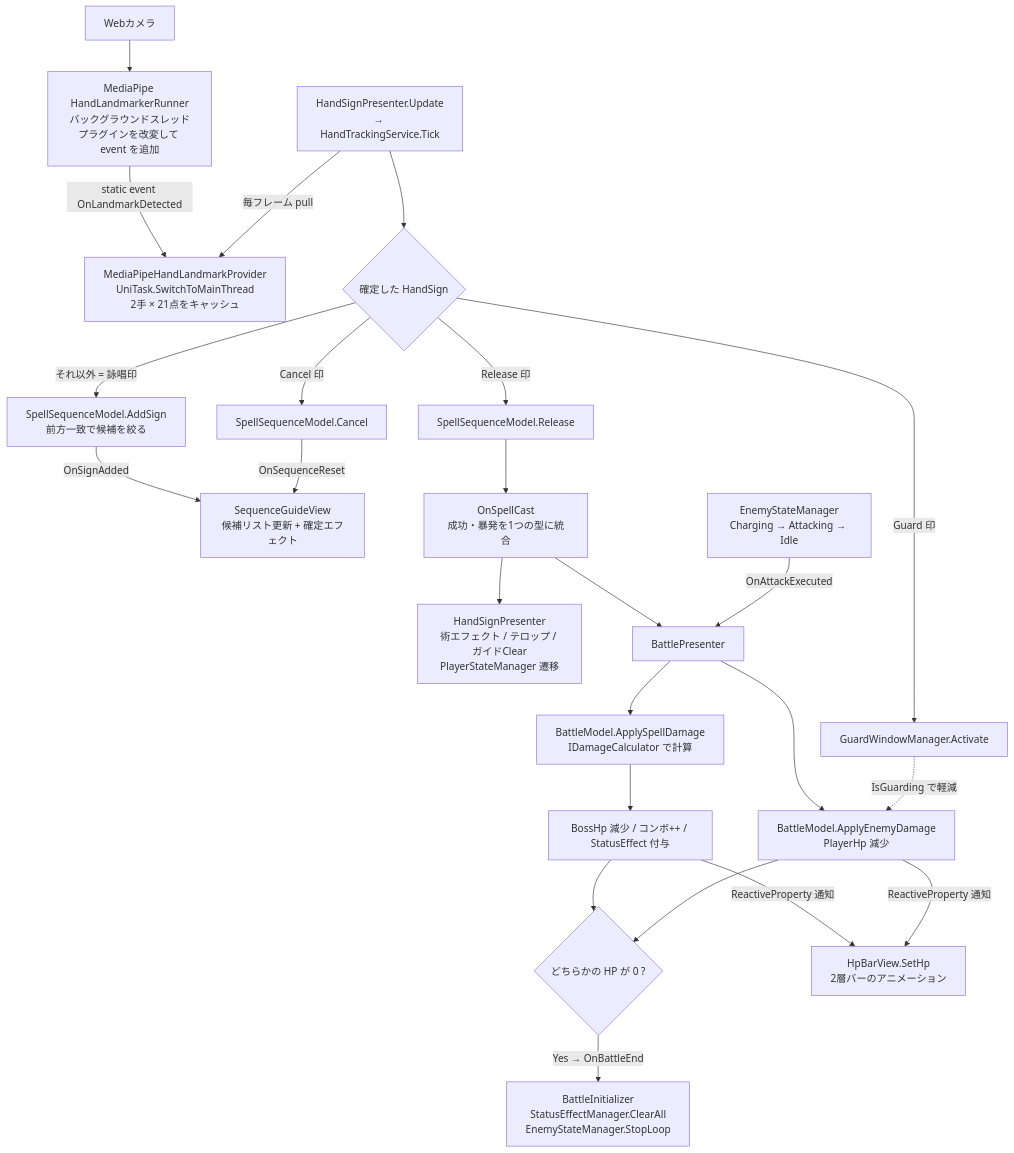
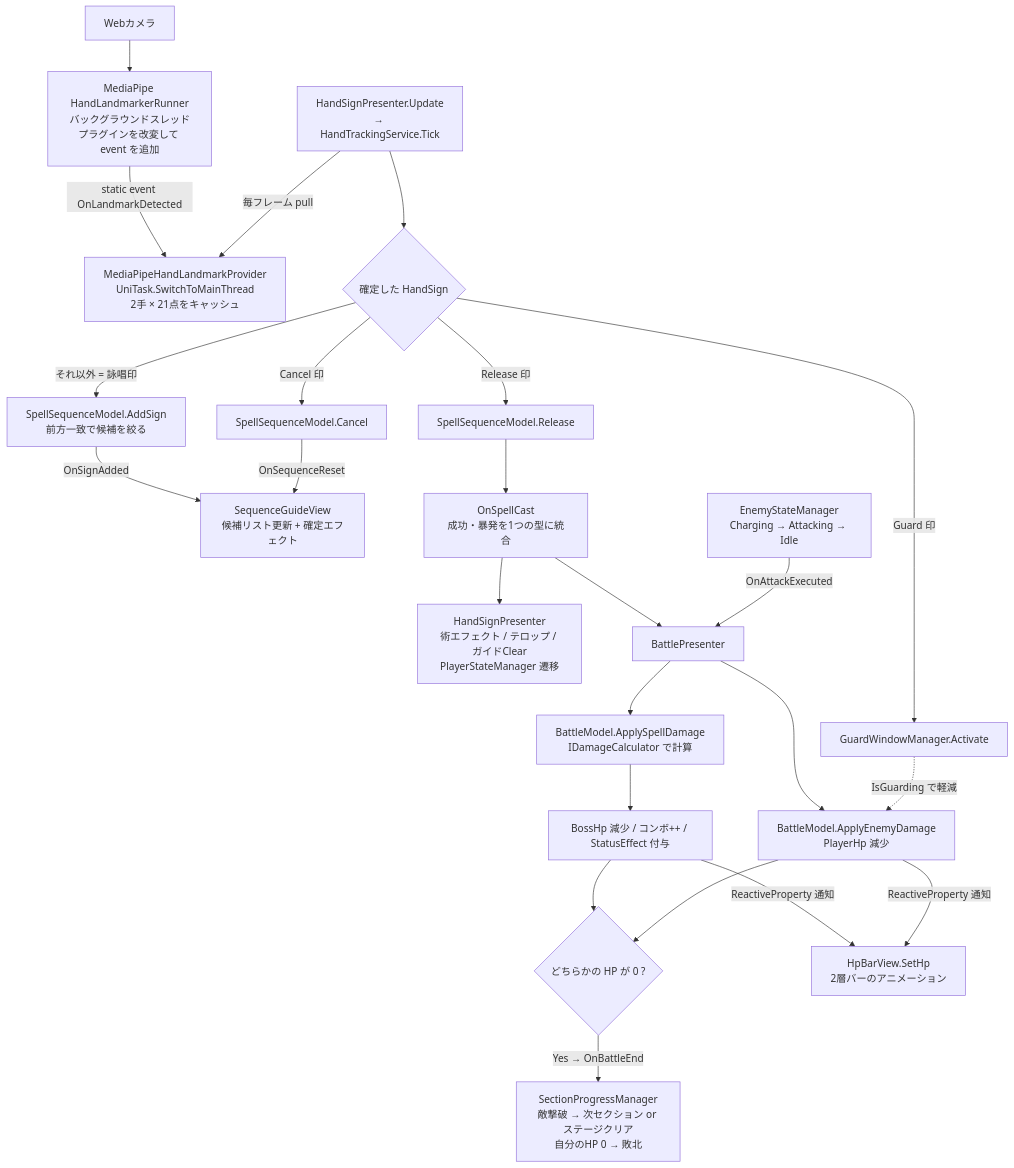
One commit to Kapi0622/MUDRA changed the second of 2 diagrams in MUDRA/docs/architecture/00_overview.md. Above: the diagram before and after it, drawn with Mermaid. The commit also changed other lines of this file and 5 other files, not shown here.

````diff
--- a/MUDRA/docs/architecture/00_overview.md
+++ b/MUDRA/docs/architecture/00_overview.md
@@ -130,47 +133,47 @@
 ```mermaid
 flowchart TD
     CAM["Webカメラ"]
     MP["MediaPipe HandLandmarkerRunner<br/>バックグラウンドスレッド<br/>プラグインを改変して event を追加"]
     PROV["MediaPipeHandLandmarkProvider<br/>UniTask.SwitchToMainThread<br/>2手 × 21点をキャッシュ"]
     TICK["HandSignPresenter.Update<br/>→ HandTrackingService.Tick"]
     CONF{"確定した HandSign"}
     REL["SpellSequenceModel.Release"]
     CAN["SpellSequenceModel.Cancel"]
     GRD["GuardWindowManager.Activate"]
     ADD["SpellSequenceModel.AddSign<br/>前方一致で候補を絞る"]
     GUIDE["SequenceGuideView<br/>候補リスト更新 + 確定エフェクト"]
     CAST["OnSpellCast<br/>成功・暴発を1つの型に統合"]
     HSP2["HandSignPresenter<br/>術エフェクト / テロップ / ガイドClear<br/>PlayerStateManager 遷移"]
     BP["BattlePresenter"]
     BM["BattleModel.ApplySpellDamage<br/>IDamageCalculator で計算"]
     HPB["BossHp 減少 / コンボ++ / StatusEffect 付与"]
     ESM["EnemyStateManager<br/>Charging → Attacking → Idle"]
     EDMG["BattleModel.ApplyEnemyDamage<br/>PlayerHp 減少"]
     CHK{"どちらかの HP が 0 ?"}
     BAR["HpBarView.SetHp<br/>2層バーのアニメーション"]
-    END["BattleInitializer<br/>StatusEffectManager.ClearAll<br/>EnemyStateManager.StopLoop"]
+    END["SectionProgressManager<br/>敵撃破 → 次セクション or ステージクリア<br/>自分のHP 0 → 敗北"]
 
     CAM --> MP
     MP -->|"static event OnLandmarkDetected"| PROV
     TICK -->|"毎フレーム pull"| PROV
     TICK --> CONF
     CONF -->|"Release 印"| REL
     CONF -->|"Cancel 印"| CAN
     CONF -->|"Guard 印"| GRD
     CONF -->|"それ以外 = 詠唱印"| ADD
     ADD -->|"OnSignAdded"| GUIDE
     CAN -->|"OnSequenceReset"| GUIDE
     REL --> CAST
     CAST --> HSP2
     CAST --> BP
     BP --> BM
     BM --> HPB
     ESM -->|"OnAttackExecuted"| BP
     BP --> EDMG
     GRD -.->|"IsGuarding で軽減"| EDMG
     HPB -->|"ReactiveProperty 通知"| BAR
     EDMG -->|"ReactiveProperty 通知"| BAR
     HPB --> CHK
     EDMG --> CHK
     CHK -->|"Yes → OnBattleEnd"| END
 ```
````
